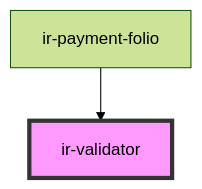
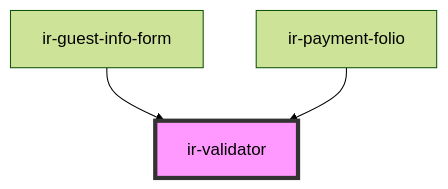
Before and after one commit to David1Chowaifaty/modified-ir-webcmp: the diagram in src/components/ui/ir-validator/readme.md, drawn with Mermaid (forest theme). The commit also changed other lines of this file and 16 other files, not shown here.

````diff
--- a/src/components/ui/ir-validator/readme.md
+++ b/src/components/ui/ir-validator/readme.md
@@ -36,5 +37,6 @@
 ```mermaid
 graph TD;
+  ir-guest-info-form --> ir-validator
   ir-payment-folio --> ir-validator
   style ir-validator fill:#f9f,stroke:#333,stroke-width:4px
 ```
````
